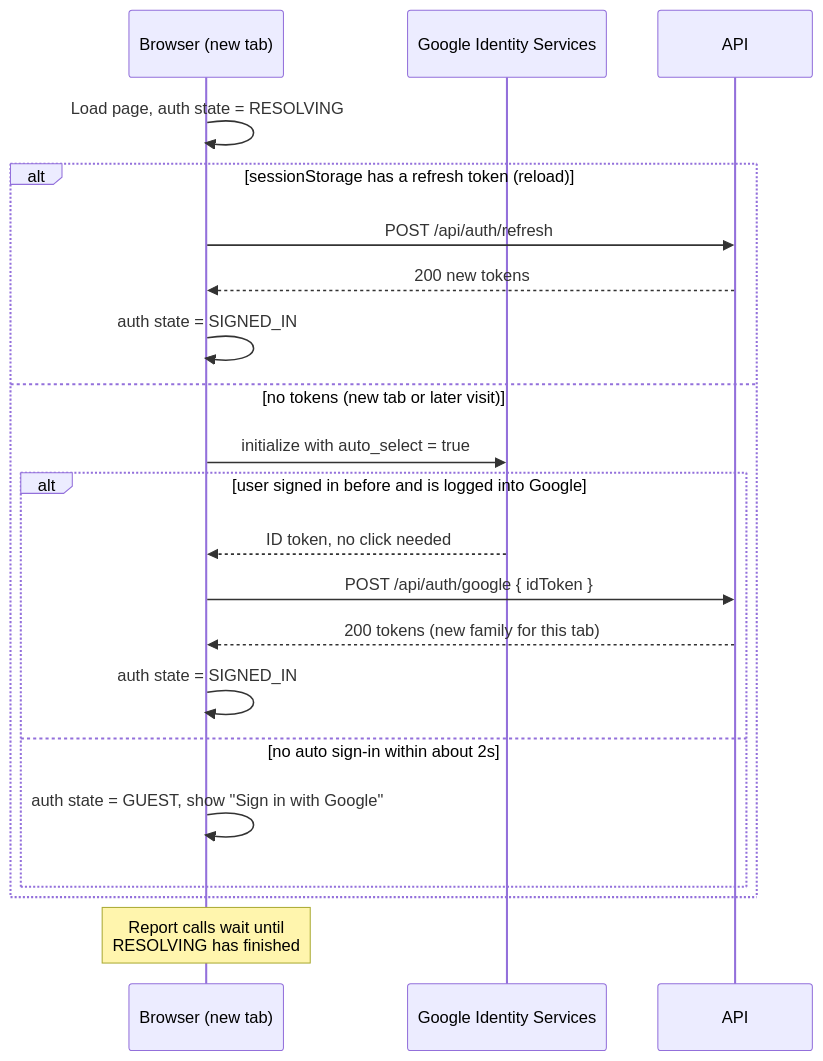
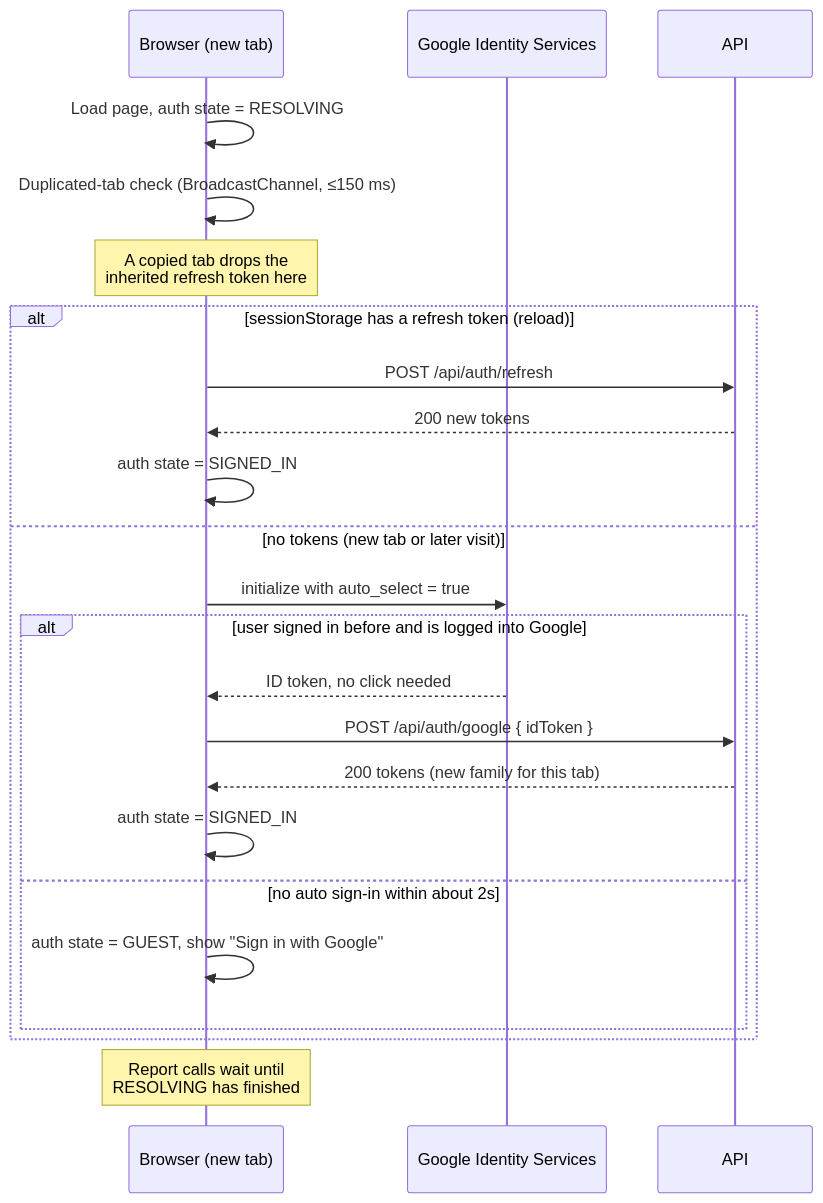
Before and after one commit to SaqibCod/medi-scan: the fourth of 20 diagrams in docs/dataflow.md, drawn with Mermaid. The commit also changed other lines of this file and 3 other files, not shown here.

````diff
--- a/docs/dataflow.md
+++ b/docs/dataflow.md
@@ -164,24 +164,26 @@
 ```mermaid
 sequenceDiagram
     participant B as Browser (new tab)
     participant G as Google Identity Services
     participant A as API
 
     B->>B: Load page, auth state = RESOLVING
+    B->>B: Duplicated-tab check (BroadcastChannel, ≤150 ms)
+    Note over B: A copied tab drops the<br/>inherited refresh token here
     alt sessionStorage has a refresh token (reload)
         B->>A: POST /api/auth/refresh
         A-->>B: 200 new tokens
         B->>B: auth state = SIGNED_IN
     else no tokens (new tab or later visit)
         B->>G: initialize with auto_select = true
         alt user signed in before and is logged into Google
             G-->>B: ID token, no click needed
             B->>A: POST /api/auth/google { idToken }
             A-->>B: 200 tokens (new family for this tab)
             B->>B: auth state = SIGNED_IN
         else no auto sign-in within about 2s
             B->>B: auth state = GUEST, show "Sign in with Google"
         end
     end
     Note over B: Report calls wait until<br/>RESOLVING has finished
 ```
````
